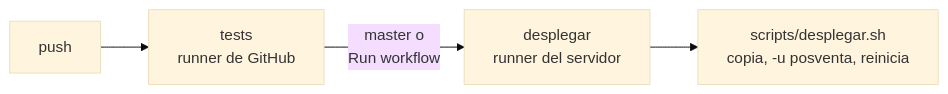
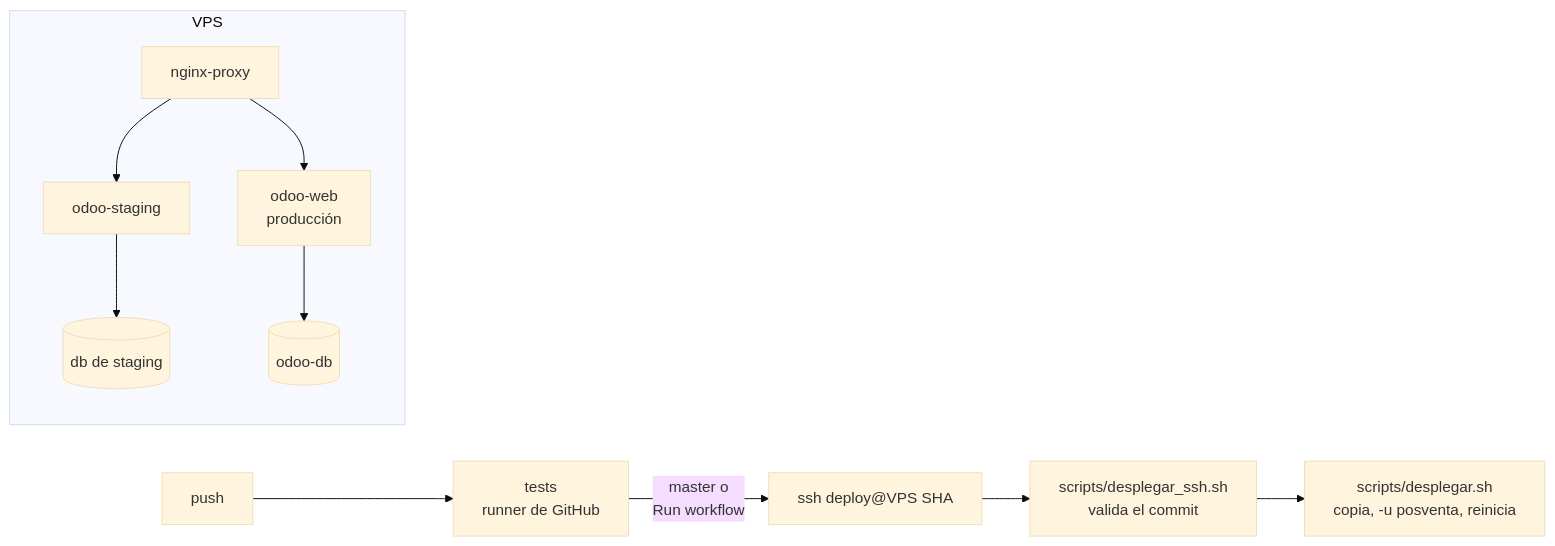
Before and after one commit to ffunes-cru/posventa: the diagram in docs/despliegue.md, drawn with Mermaid (base theme). The commit also changed other lines of this file and 5 other files, not shown here.

First line of the commit message:
[IMP] posventa: staging en el VPS como stack aparte y despliegue por SSH con comando forzado

````diff
--- a/docs/despliegue.md
+++ b/docs/despliegue.md
@@ -7,6 +10,13 @@
 ```mermaid
 flowchart LR
     A[push] --> B[tests<br/>runner de GitHub]
-    B -->|master o<br/>Run workflow| C[desplegar<br/>runner del servidor]
-    C --> D[scripts/desplegar.sh<br/>copia, -u posventa, reinicia]
+    B -->|master o<br/>Run workflow| C[ssh deploy@VPS SHA]
+    C --> D[scripts/desplegar_ssh.sh<br/>valida el commit]
+    D --> E[scripts/desplegar.sh<br/>copia, -u posventa, reinicia]
+    subgraph VPS
+      N[nginx-proxy] --> P[odoo-web<br/>producción]
+      N --> S[odoo-staging]
+      S --> SD[(db de staging)]
+      P --> PD[(odoo-db)]
+    end
 ```
````
